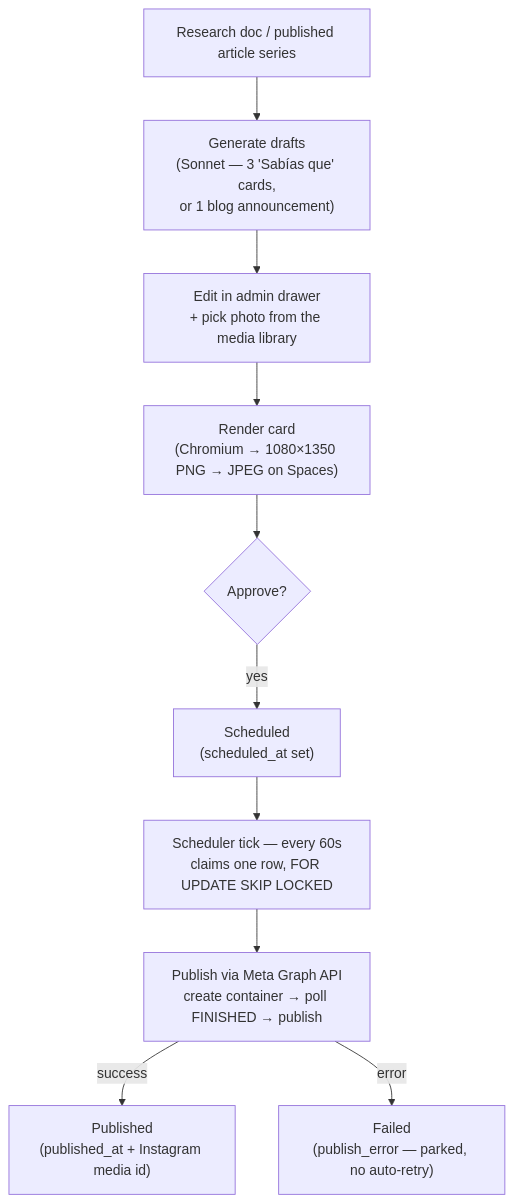
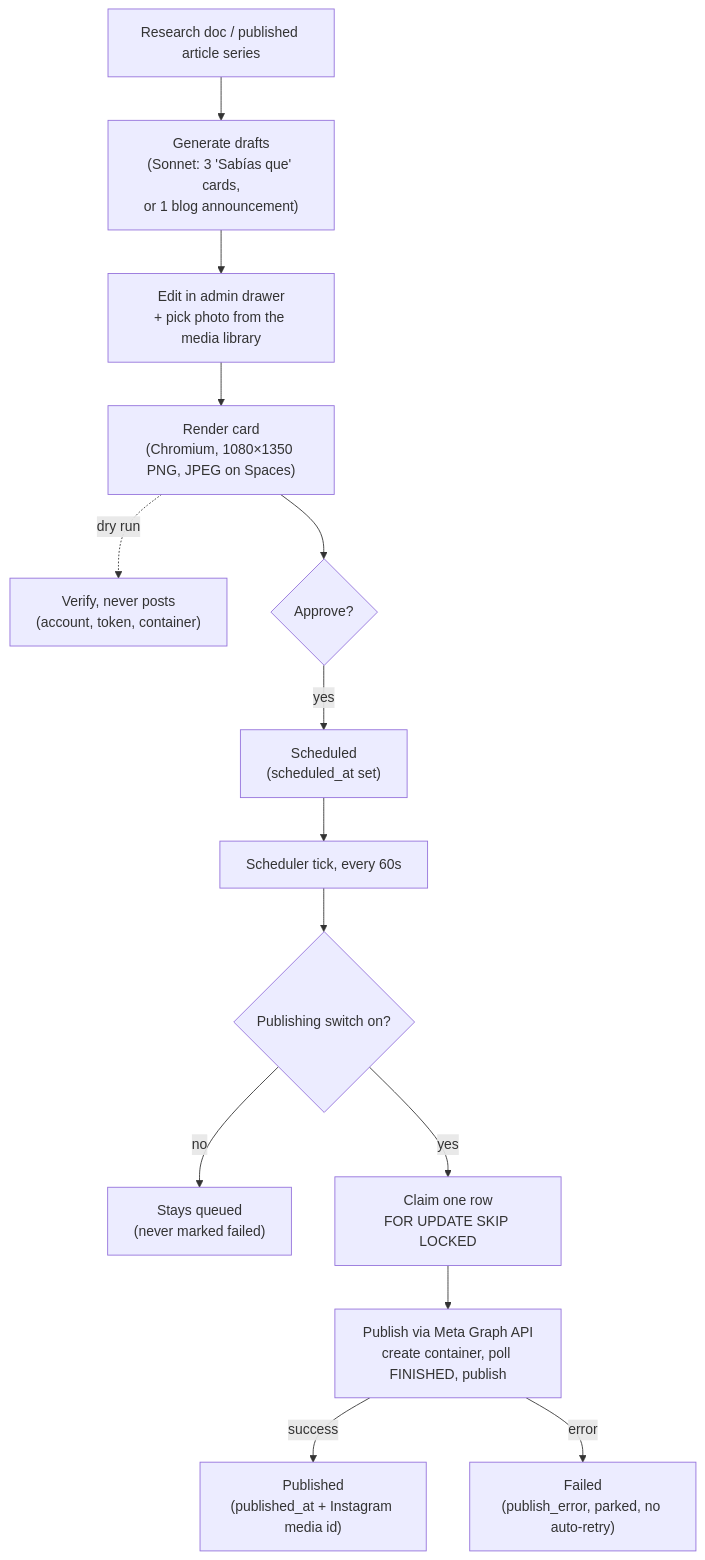
Before and after one commit to wanderindev/ai-powered-content-generation-engine: the diagram in docs/07-instagram-pipeline.md, drawn with Mermaid. The commit also changed other lines of this file and 441 other files, not shown here.

````diff
--- a/docs/07-instagram-pipeline.md
+++ b/docs/07-instagram-pipeline.md
@@ -16,12 +18,16 @@
 ```mermaid
 flowchart TD
-    R["Research doc / published article series"] --> G["Generate drafts<br/>(Sonnet — 3 'Sabías que' cards,<br/>or 1 blog announcement)"]
+    R["Research doc / published article series"] --> G["Generate drafts<br/>(Sonnet: 3 'Sabías que' cards,<br/>or 1 blog announcement)"]
     G --> E["Edit in admin drawer<br/>+ pick photo from the media library"]
-    E --> RN["Render card<br/>(Chromium → 1080×1350 PNG → JPEG on Spaces)"]
-    RN --> AP{Approve?}
+    E --> RN["Render card<br/>(Chromium, 1080×1350 PNG, JPEG on Spaces)"]
+    RN -.->|"dry run"| V["Verify, never posts<br/>(account, token, container)"]
+    RN --> AP{"Approve?"}
     AP -->|yes| SC["Scheduled<br/>(scheduled_at set)"]
-    SC --> T["Scheduler tick — every 60s<br/>claims one row, FOR UPDATE SKIP LOCKED"]
-    T --> P["Publish via Meta Graph API<br/>create container → poll FINISHED → publish"]
+    SC --> T["Scheduler tick, every 60s"]
+    T --> SW{"Publishing switch on?"}
+    SW -->|no| Q["Stays queued<br/>(never marked failed)"]
+    SW -->|yes| CL["Claim one row<br/>FOR UPDATE SKIP LOCKED"]
+    CL --> P["Publish via Meta Graph API<br/>create container, poll FINISHED, publish"]
     P -->|success| DONE["Published<br/>(published_at + Instagram media id)"]
-    P -->|error| FAIL["Failed<br/>(publish_error — parked, no auto-retry)"]
+    P -->|error| FAIL["Failed<br/>(publish_error, parked, no auto-retry)"]
 ```
````
